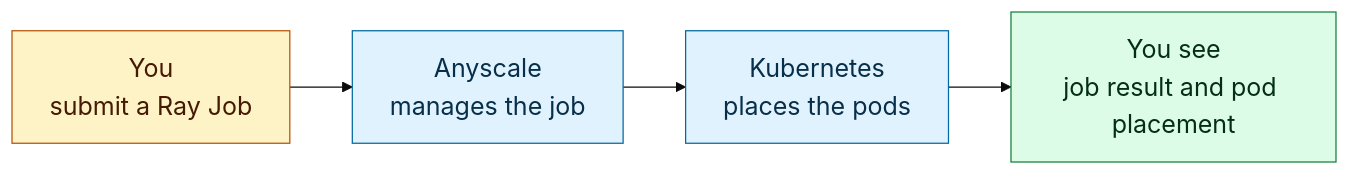
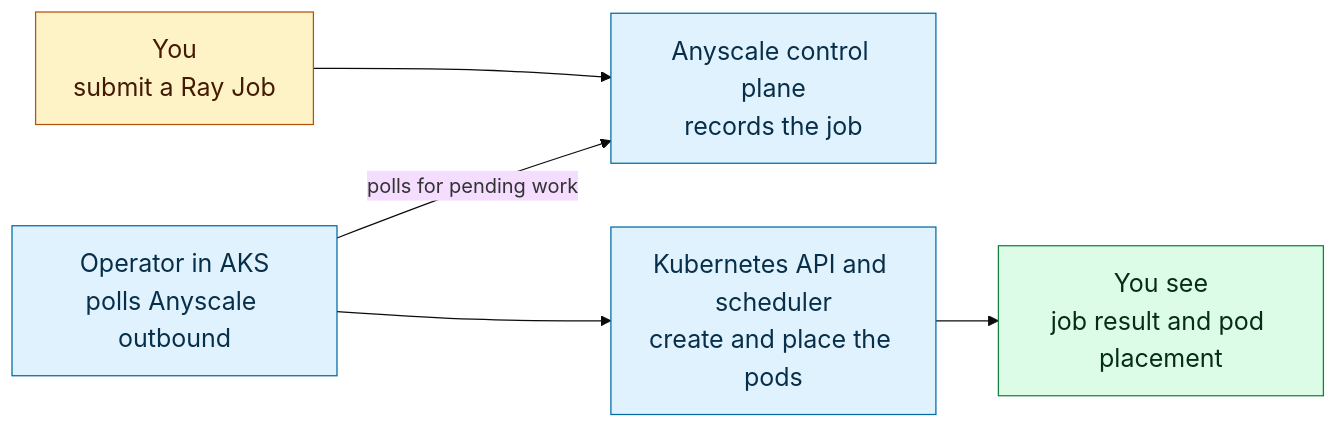
The diagram in docs/ai-workloads-on-aks/assets/architecture/01-job-and-results.mmd (KenKilty/aks-flex-anyscale-lab), drawn with Mermaid (base theme) before and after one commit. The commit also changed 9 other files, not shown here.

Commit message:
docs: clarify lab architecture and concepts

```diff
--- a/docs/ai-workloads-on-aks/assets/architecture/01-job-and-results.mmd
+++ b/docs/ai-workloads-on-aks/assets/architecture/01-job-and-results.mmd
@@ -1,14 +1,17 @@
 flowchart LR
   learner["You<br/>submit a Ray Job"]
-  anyscale["Anyscale<br/>manages the job"]
-  kubernetes["Kubernetes<br/>places the pods"]
+  anyscale["Anyscale control plane<br/>records the job"]
+  operator["Operator in AKS<br/>polls Anyscale outbound"]
+  kubernetes["Kubernetes API and scheduler<br/>create and place the pods"]
   result["You see<br/>job result and pod placement"]
 
-  learner --> anyscale --> kubernetes --> result
+  learner --> anyscale
+  operator -->|polls for pending work| anyscale
+  operator --> kubernetes --> result
 
   classDef person fill:#fef3c7,stroke:#b45309,color:#451a03,font-size:20px
   classDef service fill:#e0f2fe,stroke:#0369a1,color:#082f49,font-size:20px
   classDef result fill:#dcfce7,stroke:#15803d,color:#052e16,font-size:20px
   class learner person
-  class anyscale,kubernetes service
+  class anyscale,operator,kubernetes service
   class result result
```
